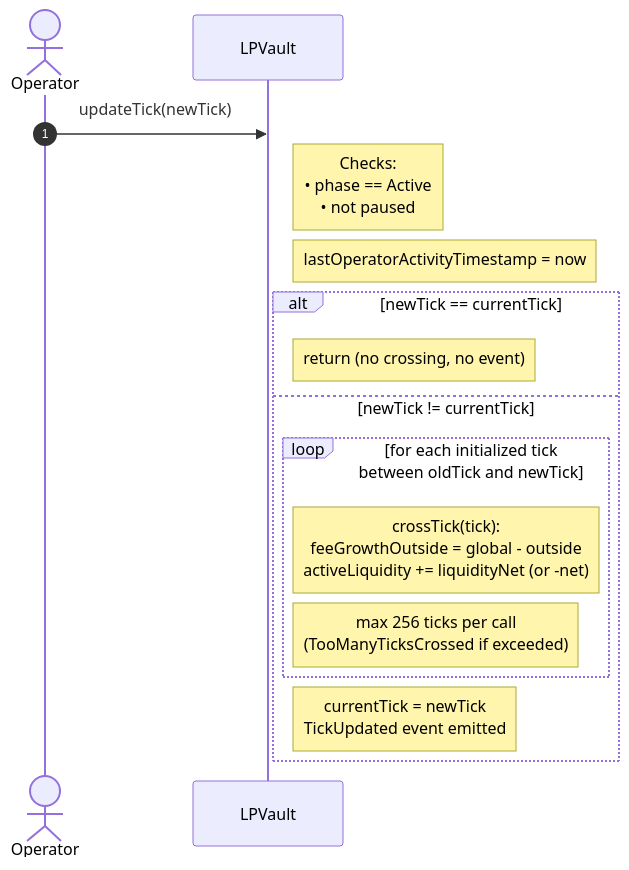
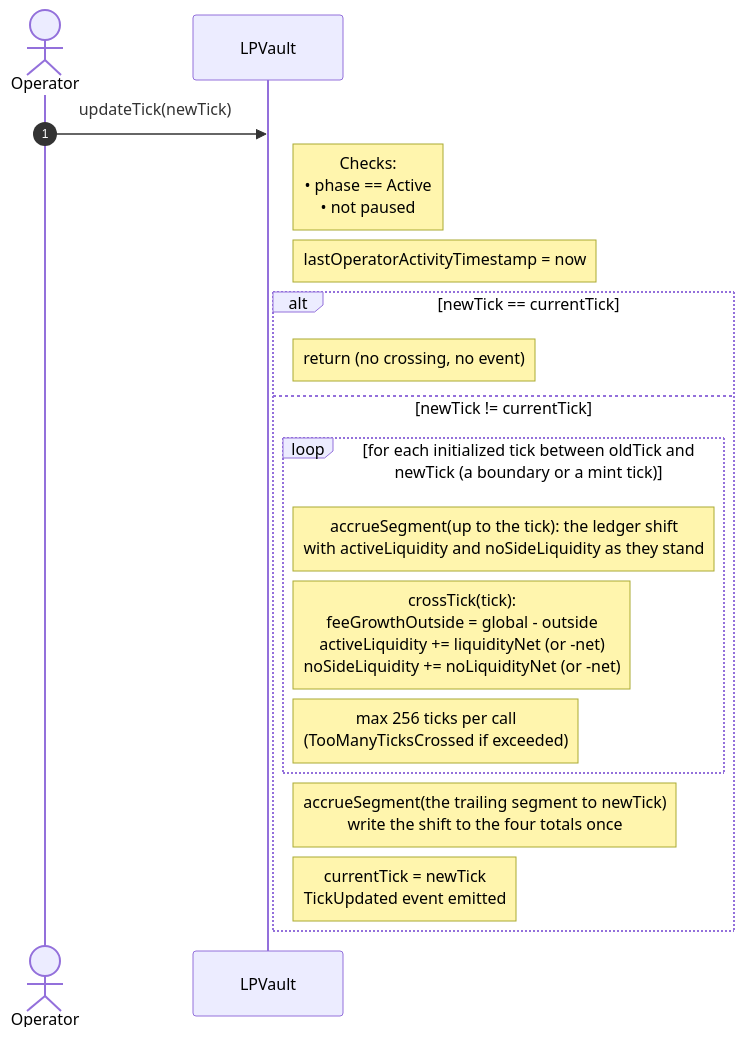
One commit to ProphetMarket/lp-vaults changed the fifth of 15 diagrams in FLOWS.md. Above: the diagram before and after it, drawn with Mermaid. The commit also changed other lines of this file and 3 other files, not shown here.

First line of the commit message:
chore (vault): Document the ledger and update R11

````diff
--- a/FLOWS.md
+++ b/FLOWS.md
@@ -176,21 +176,23 @@
 ```mermaid
 sequenceDiagram
     autonumber
     actor Operator
     participant Vault as LPVault
 
     Operator->>Vault: updateTick(newTick)
     Note right of Vault: Checks:<br/>• phase == Active<br/>• not paused
     Note right of Vault: lastOperatorActivityTimestamp = now
 
     alt newTick == currentTick
         Note right of Vault: return (no crossing, no event)
     else newTick != currentTick
-        loop for each initialized tick between oldTick and newTick
-            Note right of Vault: crossTick(tick):<br/>  feeGrowthOutside = global - outside<br/>  activeLiquidity += liquidityNet (or -net)
+        loop for each initialized tick between oldTick and newTick (a boundary or a mint tick)
+            Note right of Vault: accrueSegment(up to the tick): the ledger shift<br/>  with activeLiquidity and noSideLiquidity as they stand
+            Note right of Vault: crossTick(tick):<br/>  feeGrowthOutside = global - outside<br/>  activeLiquidity += liquidityNet (or -net)<br/>  noSideLiquidity += noLiquidityNet (or -net)
             Note right of Vault: max 256 ticks per call<br/>(TooManyTicksCrossed if exceeded)
         end
+        Note right of Vault: accrueSegment(the trailing segment to newTick)<br/>write the shift to the four totals once
 
         Note right of Vault: currentTick = newTick<br/>TickUpdated event emitted
     end
 ```
````
